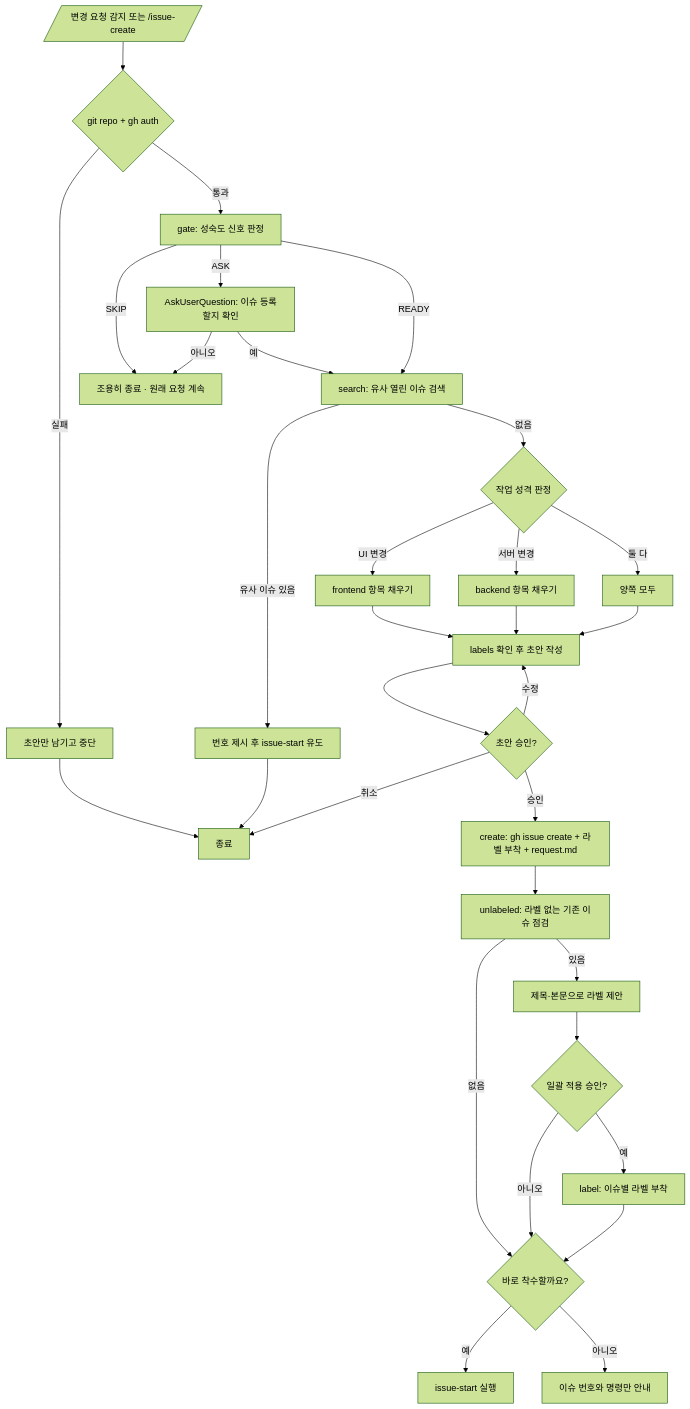
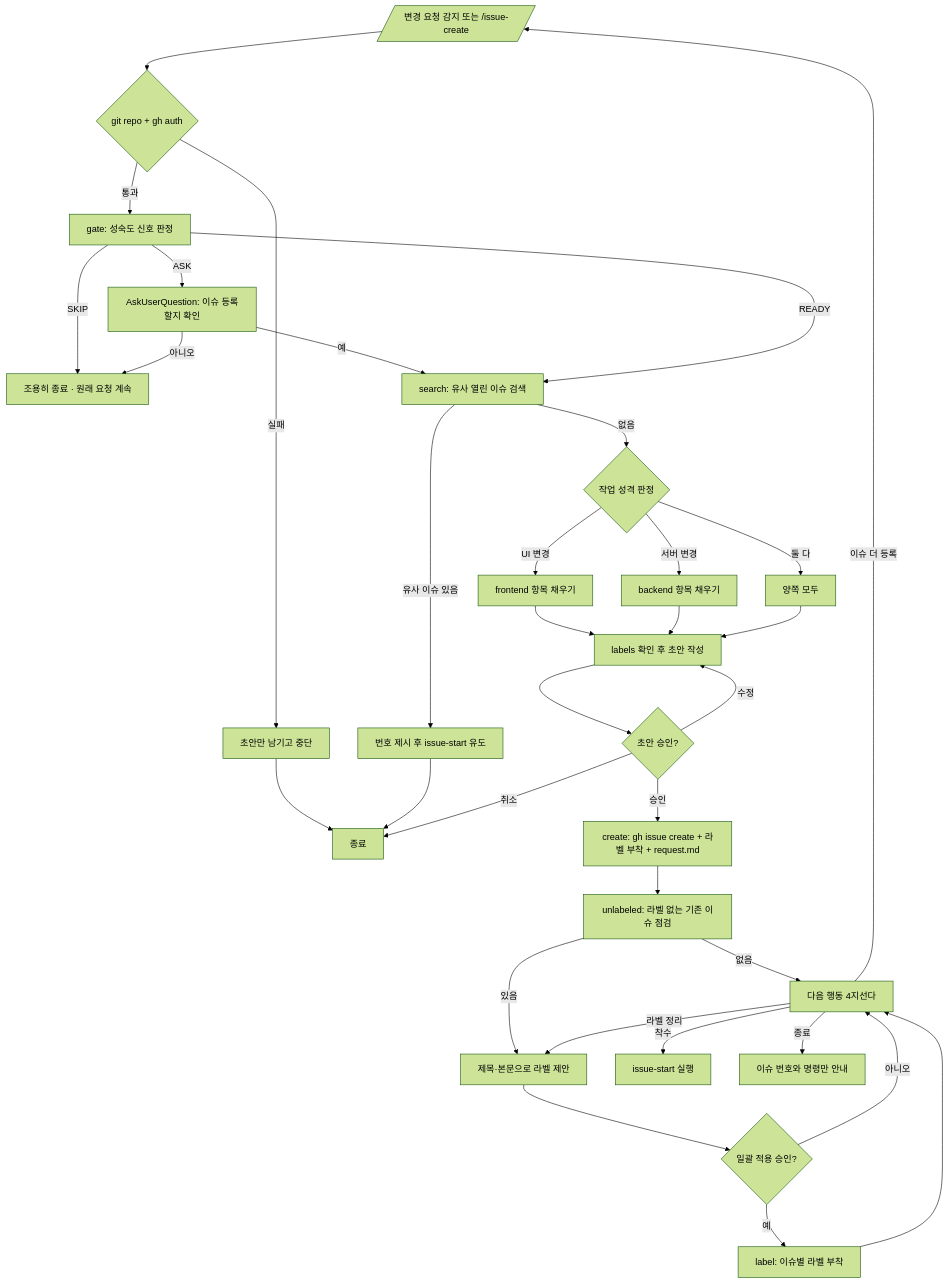
Before and after one commit to Mineru98/skills-store: the diagram in .codex/skills/issue-create/SKILL.md, drawn with Mermaid (forest theme). The commit also changed other lines of this file and 47 other files, not shown here.

````diff
--- a/.codex/skills/issue-create/SKILL.md
+++ b/.codex/skills/issue-create/SKILL.md
@@ -58,39 +68,41 @@
 ```mermaid
 flowchart TD
     A[/"변경 요청 감지 또는 /issue-create"/] --> B{git repo + gh auth}
     B -- 실패 --> B1[초안만 남기고 중단] --> Z0[종료]
     B -- 통과 --> C[gate: 성숙도 신호 판정]
 
     C -->|SKIP| Z1[조용히 종료 · 원래 요청 계속]
     C -->|ASK| C1[AskUserQuestion: 이슈 등록할지 확인]
     C1 -- 아니오 --> Z1
     C1 -- 예 --> D
     C -->|READY| D[search: 유사 열린 이슈 검색]
 
     D -- 유사 이슈 있음 --> D1[번호 제시 후 issue-start 유도] --> Z0
     D -- 없음 --> E{작업 성격 판정}
 
     E -->|UI 변경| F1[frontend 항목 채우기]
     E -->|서버 변경| F2[backend 항목 채우기]
     E -->|둘 다| F3[양쪽 모두]
 
     F1 --> G[labels 확인 후 초안 작성]
     F2 --> G
     F3 --> G
 
     G --> H{초안 승인?}
     H -- 수정 --> G
     H -- 취소 --> Z0
     H -- 승인 --> I[create: gh issue create + 라벨 부착 + request.md]
 
     I --> M[unlabeled: 라벨 없는 기존 이슈 점검]
     M -- 없음 --> J
     M -- 있음 --> M1[제목·본문으로 라벨 제안]
     M1 --> M2{일괄 적용 승인?}
     M2 -- 아니오 --> J
     M2 -- 예 --> M3[label: 이슈별 라벨 부착] --> J
 
-    J{바로 착수할까요?}
-    J -- 예 --> K[issue-start 실행]
-    J -- 아니오 --> L[이슈 번호와 명령만 안내]
+    J[다음 행동 4지선다]
+    J -->|착수| K[issue-start 실행]
+    J -->|이슈 더 등록| A
+    J -->|라벨 정리| M1
+    J -->|종료| L[이슈 번호와 명령만 안내]
 ```
````
